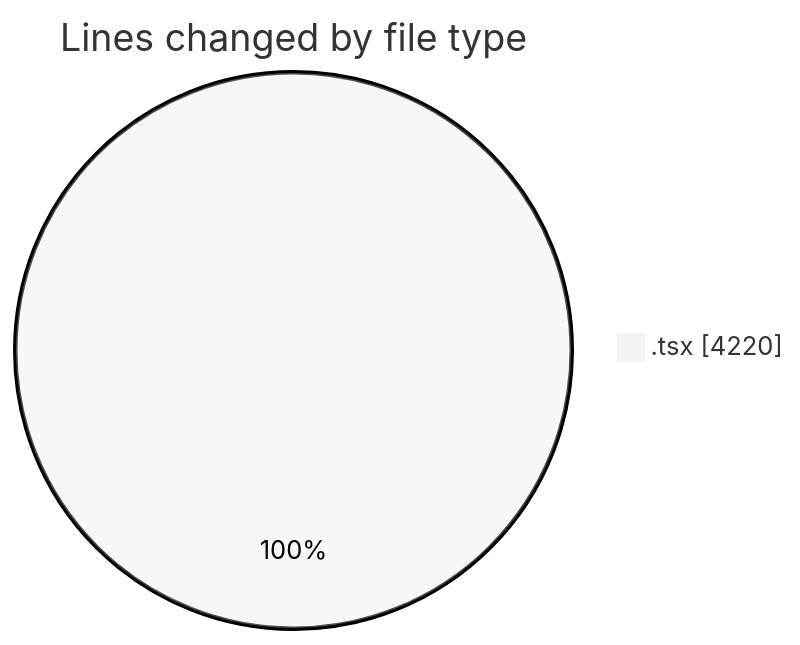
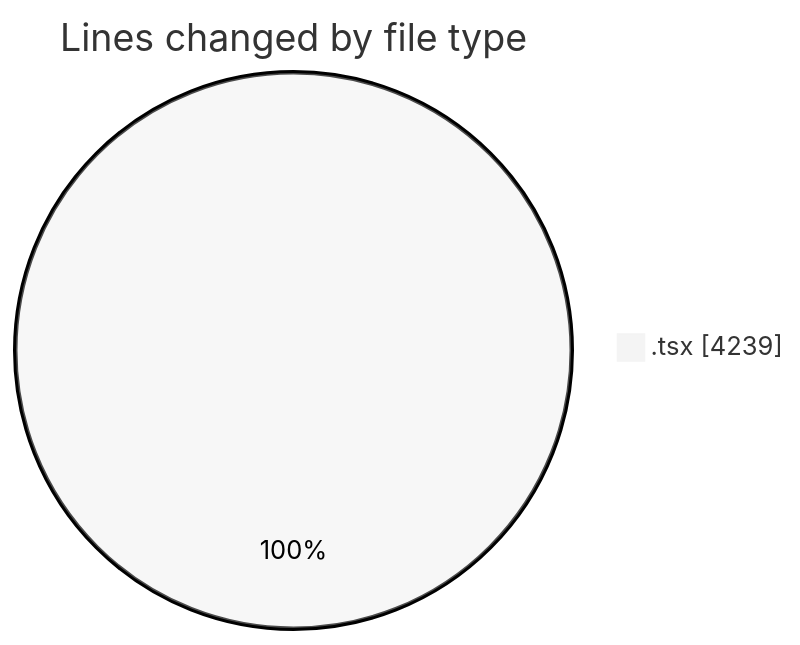
Before and after one commit to nxtqubesakshisongat/code-tracking: the first of 2 diagrams in 2026-03-05/nxtqube_webapp/README.md, drawn with Mermaid (neutral theme). The commit also changed other lines of this file and 1 other file, not shown here.

````diff
--- a/2026-03-05/nxtqube_webapp/README.md
+++ b/2026-03-05/nxtqube_webapp/README.md
@@ -23,5 +23,5 @@
 ```mermaid
 pie showData
 title Lines changed by file type
-".tsx" : 4220
+".tsx" : 4239
 ```
````
